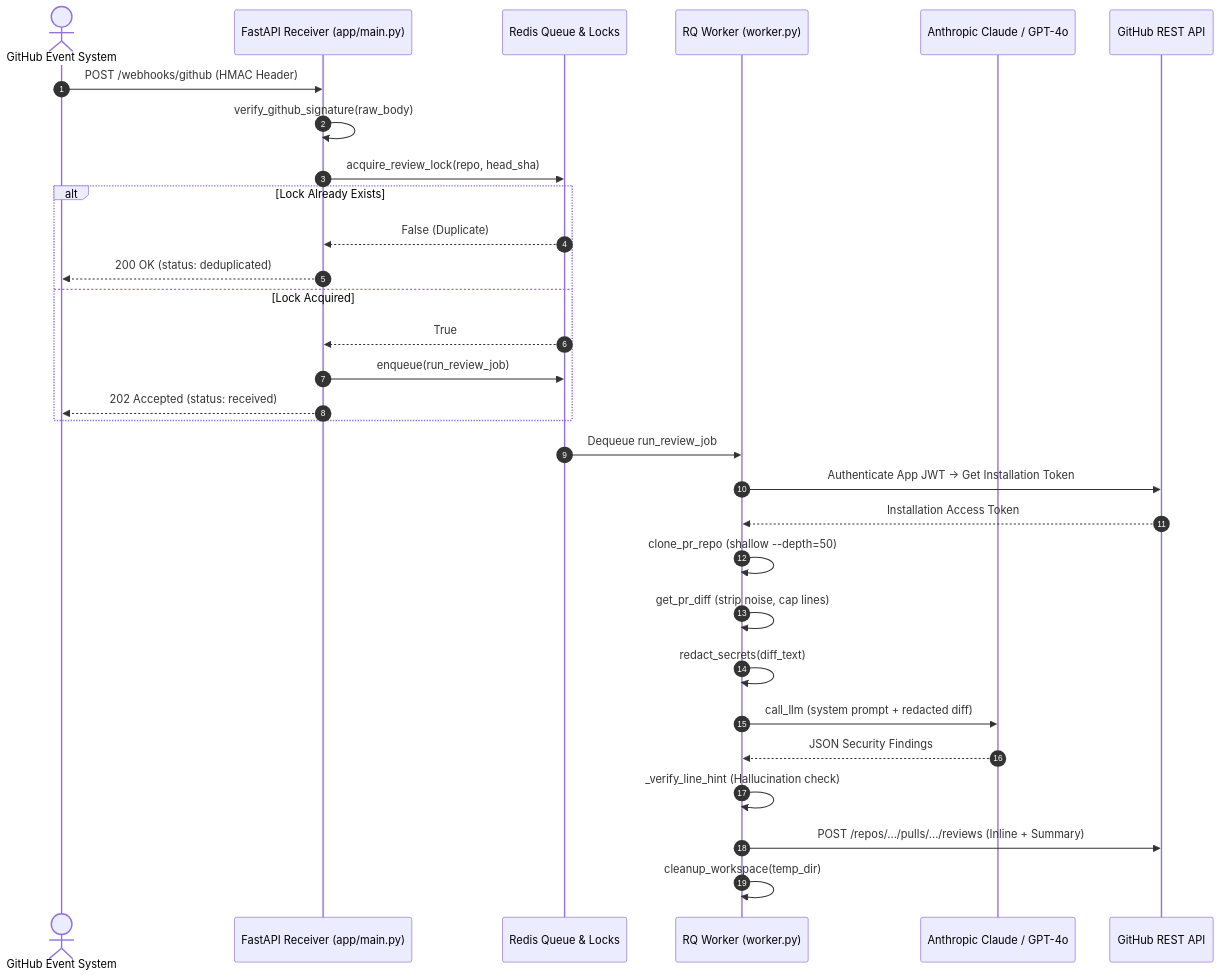
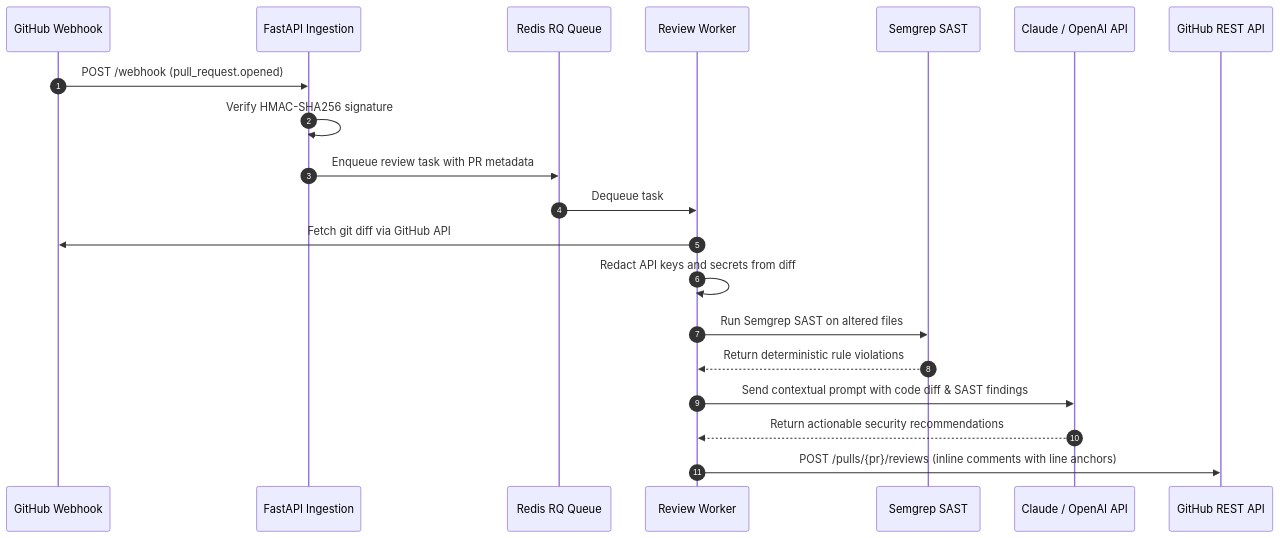
Before and after one commit to themanoj-025/AegisAI: the fifth of 7 diagrams in PROJECT_OVERVIEW.md, drawn with Mermaid. The commit also changed other lines of this file, not shown here.

````diff
--- a/PROJECT_OVERVIEW.md
+++ b/PROJECT_OVERVIEW.md
@@ -1367,34 +245,23 @@
 ```mermaid
 sequenceDiagram
     autonumber
-    actor GitHub as GitHub Event System
-    participant API as FastAPI Receiver (app/main.py)
-    participant Redis as Redis Queue & Locks
-    participant Worker as RQ Worker (worker.py)
-    participant LLM as Anthropic Claude / GPT-4o
-    participant GH_API as GitHub REST API
+    participant GH as GitHub Webhook
+    participant API as FastAPI Ingestion
+    participant Q as Redis RQ Queue
+    participant W as Review Worker
+    participant SG as Semgrep SAST
+    participant LLM as Claude / OpenAI API
+    participant Post as GitHub REST API
 
-    GitHub->>API: POST /webhooks/github (HMAC Header)
-    API->>API: verify_github_signature(raw_body)
-    API->>Redis: acquire_review_lock(repo, head_sha)
-    alt Lock Already Exists
-        Redis-->>API: False (Duplicate)
-        API-->>GitHub: 200 OK (status: deduplicated)
-    else Lock Acquired
-        Redis-->>API: True
-        API->>Redis: enqueue(run_review_job)
-        API-->>GitHub: 202 Accepted (status: received)
-    end
-
-    Redis->>Worker: Dequeue run_review_job
-    Worker->>GH_API: Authenticate App JWT -> Get Installation Token
-    GH_API-->>Worker: Installation Access Token
-    Worker->>Worker: clone_pr_repo (shallow --depth=50)
-    Worker->>Worker: get_pr_diff (strip noise, cap lines)
-    Worker->>Worker: redact_secrets(diff_text)
-    Worker->>LLM: call_llm (system prompt + redacted diff)
-    LLM-->>Worker: JSON Security Findings
-    Worker->>Worker: _verify_line_hint (Hallucination check)
-    Worker->>GH_API: POST /repos/.../pulls/.../reviews (Inline + Summary)
-    Worker->>Worker: cleanup_workspace(temp_dir)
+    GH->>API: POST /webhook (pull_request.opened)
+    API->>API: Verify HMAC-SHA256 signature
+    API->>Q: Enqueue review task with PR metadata
+    Q->>W: Dequeue task
+    W->>GH: Fetch git diff via GitHub API
+    W->>W: Redact API keys and secrets from diff
+    W->>SG: Run Semgrep SAST on altered files
+    SG-->>W: Return deterministic rule violations
+    W->>LLM: Send contextual prompt with code diff & SAST findings
+    LLM-->>W: Return actionable security recommendations
+    W->>Post: POST /pulls/{pr}/reviews (inline comments with line anchors)
 ```
````
